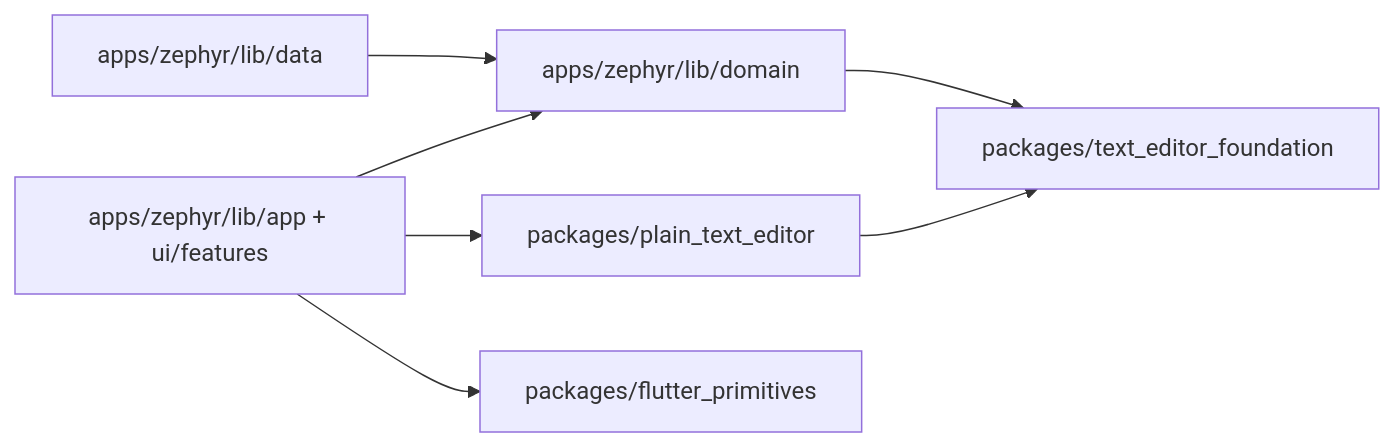
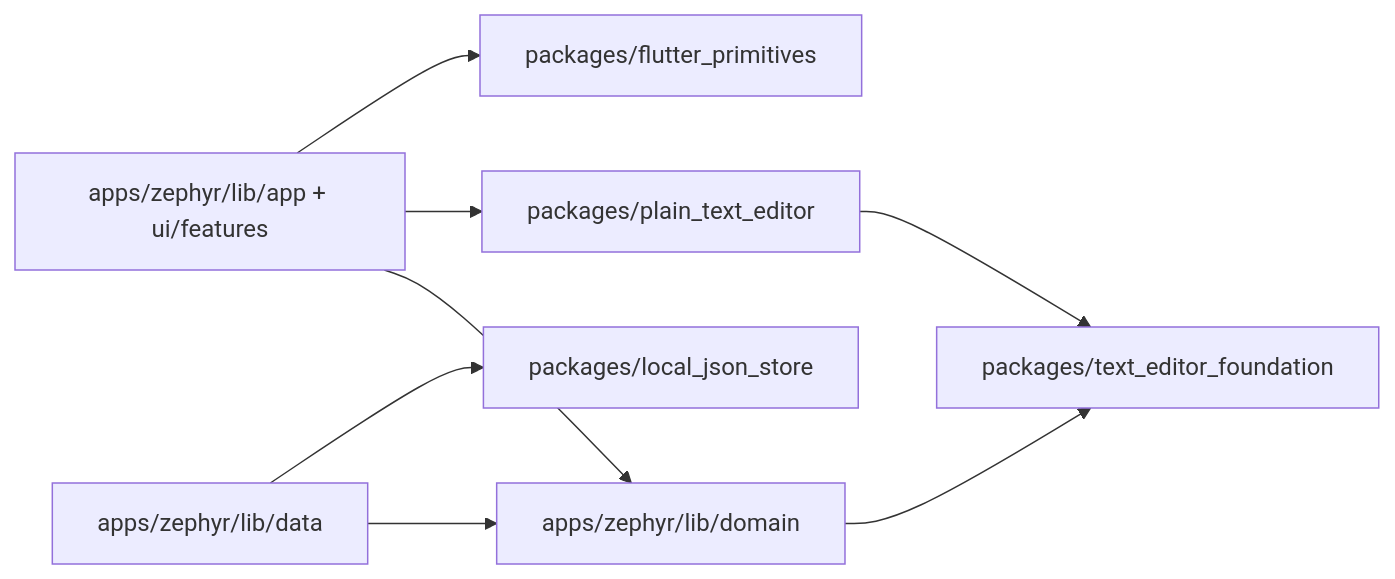
The diagram in docs/ARCHITECTURE.md (Dionysen/Zephyr), drawn with Mermaid before and after one commit. The commit also changed other lines of this file and 49 other files, not shown here.

First line of the commit message:
Enhance Zephyr project structure and functionality with new JSON storage and UI updates

````diff
--- a/docs/ARCHITECTURE.md
+++ b/docs/ARCHITECTURE.md
@@ -9,9 +9,10 @@
 ```mermaid
 flowchart LR
   App["apps/zephyr/lib/app + ui/features"] --> Domain["apps/zephyr/lib/domain"]
   Data["apps/zephyr/lib/data"] --> Domain
   App --> Editor["packages/plain_text_editor"]
   App --> Widgets["packages/flutter_primitives"]
+  Data --> Storage["packages/local_json_store"]
   Domain --> Foundation["packages/text_editor_foundation"]
   Editor --> Foundation
 ```
````
